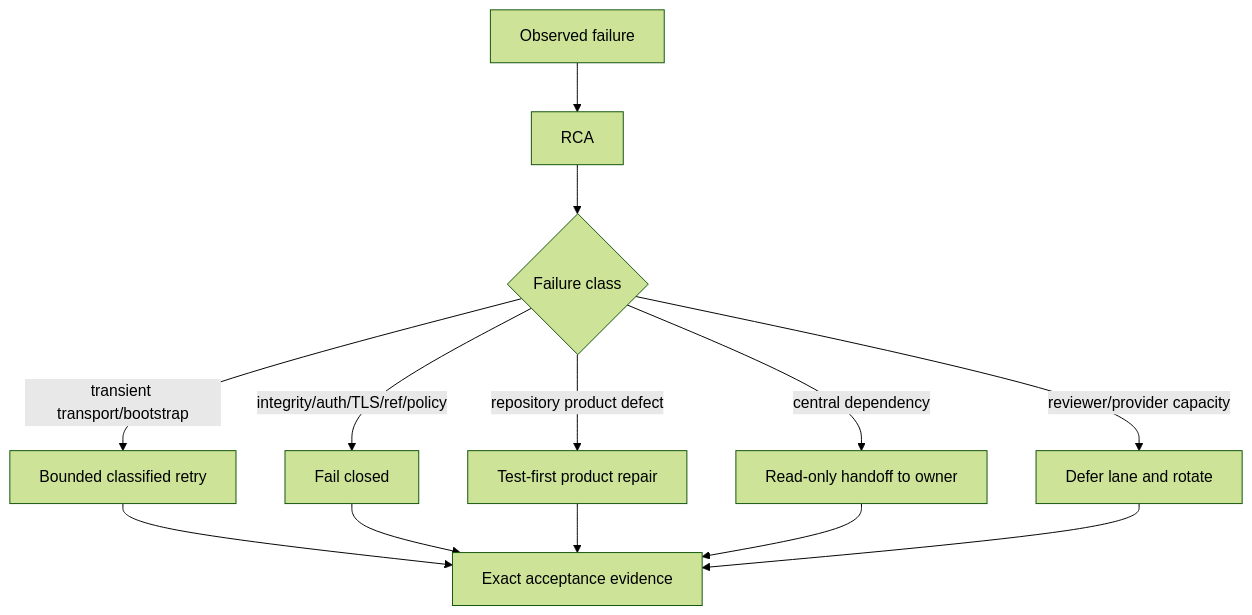
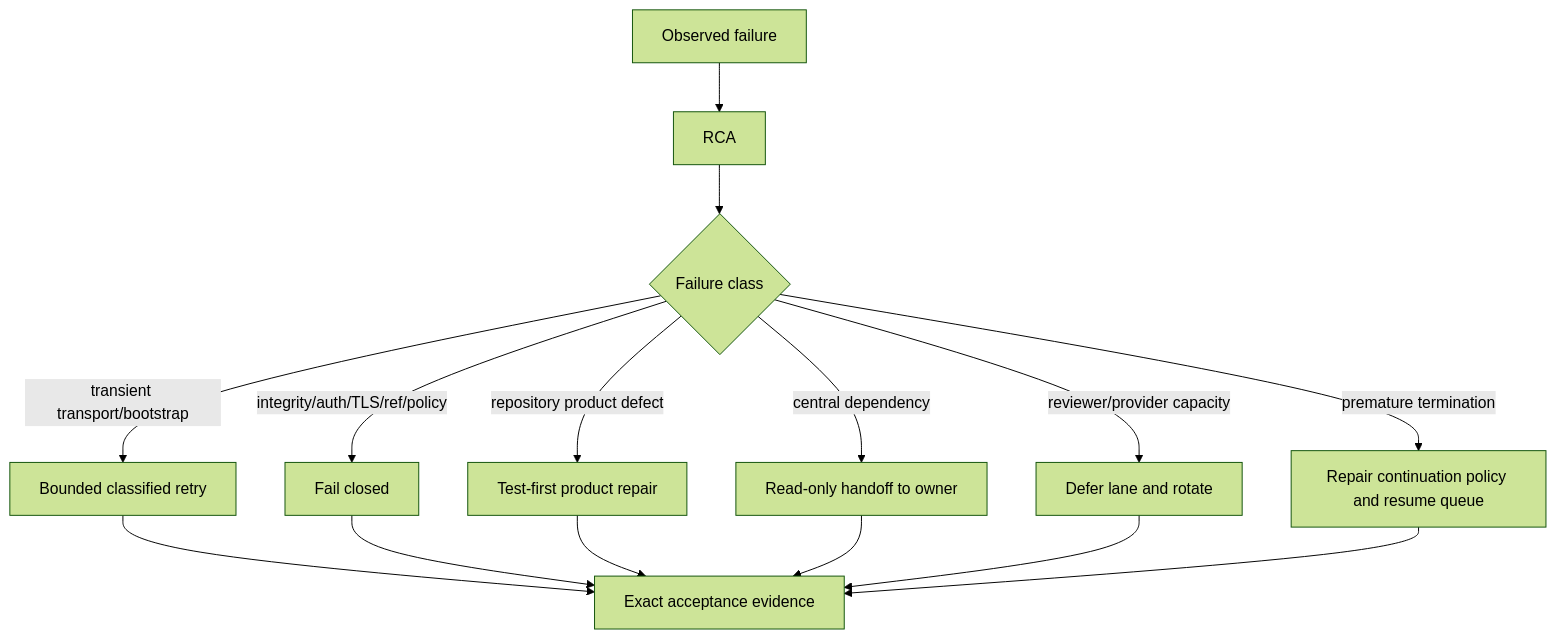
Before and after one commit to ContextualWisdomLab/.github: the eighth of 8 diagrams in docs/automation/UML.md, drawn with Mermaid (forest theme). The commit also changed other lines of this file, not shown here.

Commit message:
docs(automation): add continuation and reconciliation UML

````diff
--- a/docs/automation/UML.md
+++ b/docs/automation/UML.md
@@ -81,15 +139,17 @@
 ```mermaid
 flowchart TD
   F[Observed failure] --> R[RCA]
   R --> T{Failure class}
   T -->|transient transport/bootstrap| B[Bounded classified retry]
   T -->|integrity/auth/TLS/ref/policy| X[Fail closed]
   T -->|repository product defect| P[Test-first product repair]
   T -->|central dependency| H[Read-only handoff to owner]
   T -->|reviewer/provider capacity| D[Defer lane and rotate]
+  T -->|premature termination| C[Repair continuation policy and resume queue]
   B --> V[Exact acceptance evidence]
   X --> V
   P --> V
   H --> V
   D --> V
+  C --> V
 ```
````
